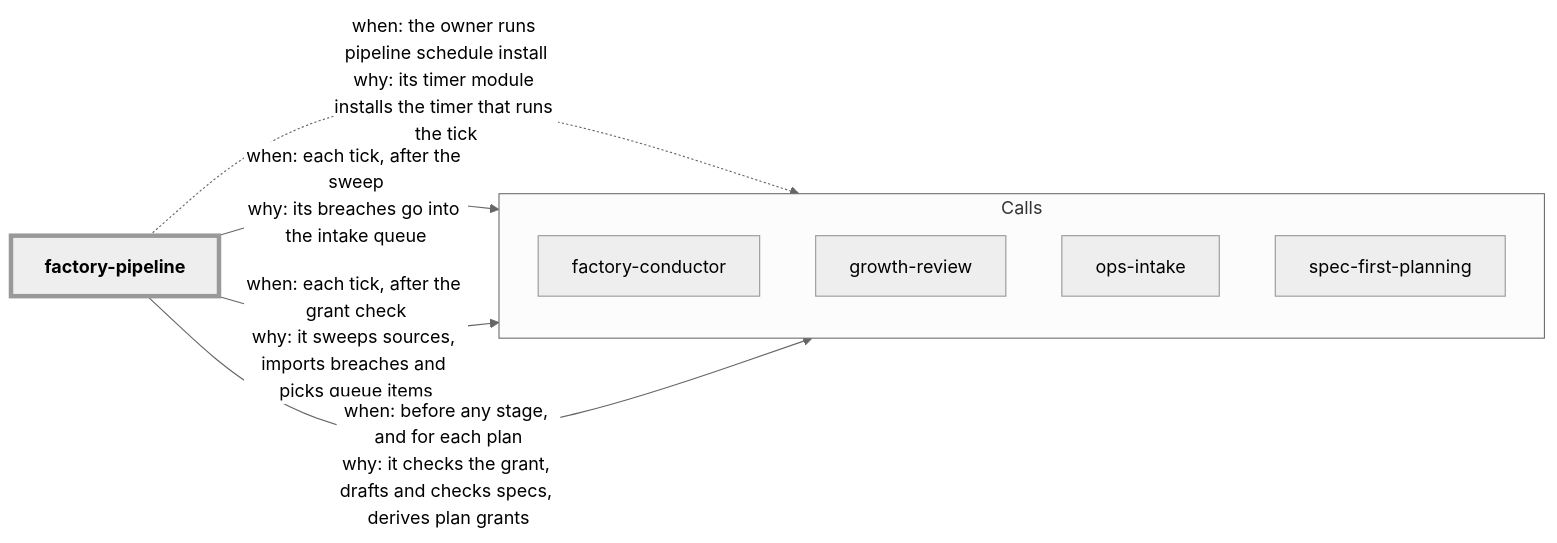
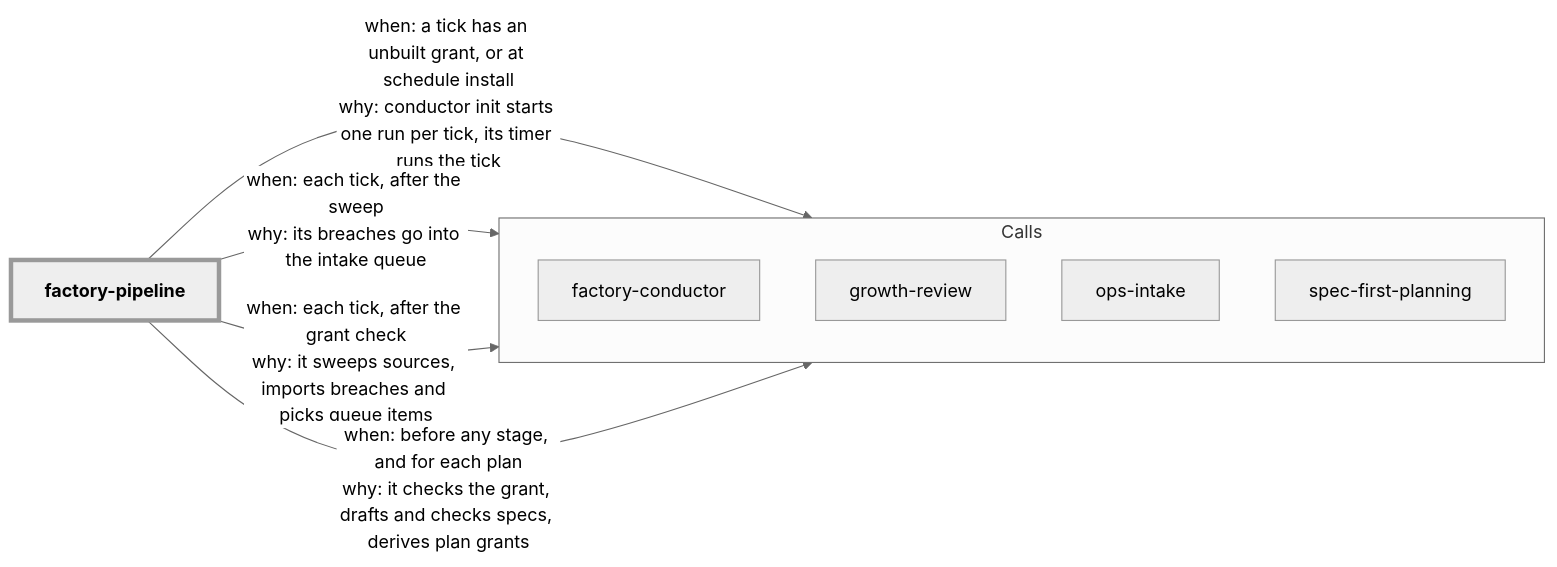
The diagram in factory-pipeline/README.md (dhanesh/agent-skills), drawn with Mermaid (neutral theme) before and after one commit. The commit also changed other lines of this file and 14 other files, not shown here.

````diff
--- a/factory-pipeline/README.md
+++ b/factory-pipeline/README.md
@@ -82,17 +90,17 @@
 ```mermaid
 flowchart LR
   self_factory_pipeline["factory-pipeline"]
   subgraph callees["Calls"]
     direction TB
     out_factory_conductor["factory-conductor"]
     out_growth_review["growth-review"]
     out_ops_intake["ops-intake"]
     out_spec_first_planning["spec-first-planning"]
   end
-  self_factory_pipeline -.->|"when: the owner runs pipeline schedule install<br/>why: its timer module installs the timer that runs the tick"| out_factory_conductor
+  self_factory_pipeline -->|"when: a tick has an unbuilt grant, or at schedule install<br/>why: conductor init starts one run per tick, its timer runs the tick"| out_factory_conductor
   self_factory_pipeline -->|"when: each tick, after the sweep<br/>why: its breaches go into the intake queue"| out_growth_review
   self_factory_pipeline -->|"when: each tick, after the grant check<br/>why: it sweeps sources, imports breaches and picks queue items"| out_ops_intake
   self_factory_pipeline -->|"when: before any stage, and for each plan<br/>why: it checks the grant, drafts and checks specs, derives plan grants"| out_spec_first_planning
   classDef self stroke-width:4px,font-weight:bold
   class self_factory_pipeline self
 ```
````
